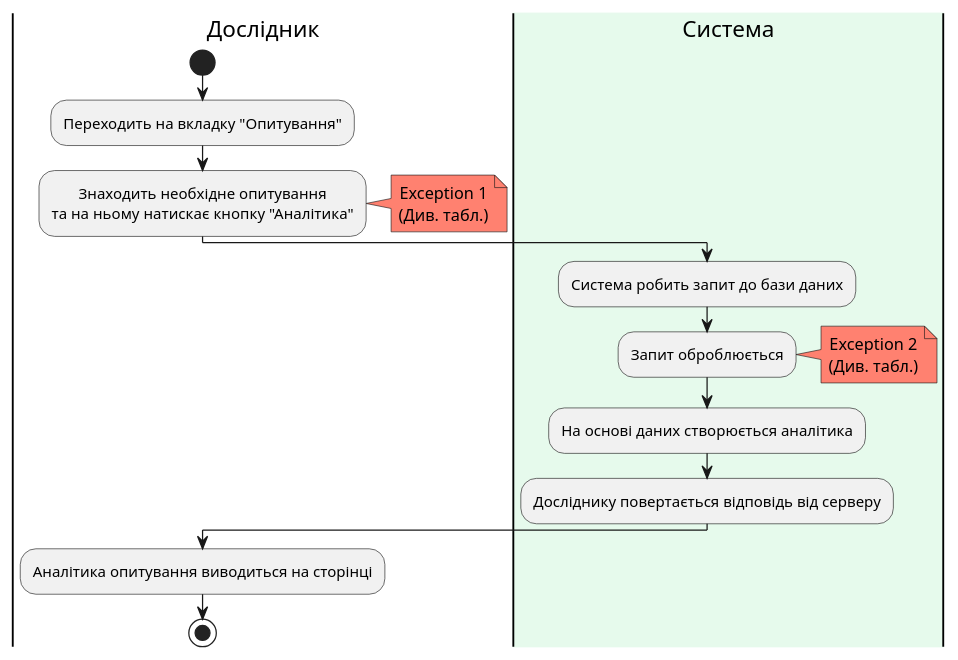
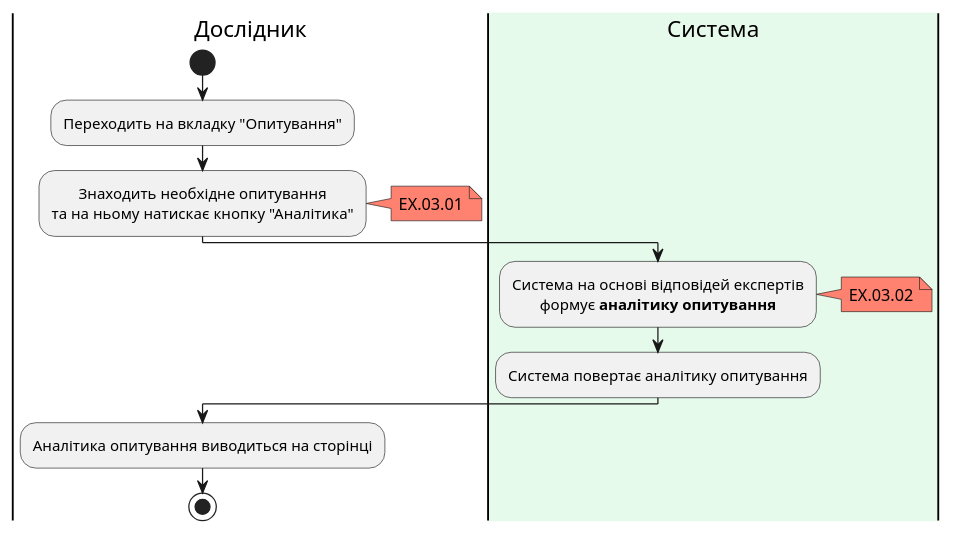
Diagram 12 of 16 in docs/use_cases.md (generalmaks/db_labs), drawn with PlantUML before and after one commit. The commit also changed other lines of this file, not shown here.

Commit message:
Update activity diagram of GetSurveyAnalytics

````diff
--- a/docs/use_cases.md
+++ b/docs/use_cases.md
@@ -600,26 +600,23 @@
 ```plantuml
 @startuml
 |Дослідник|
 start
 skinparam defaultTextAlignment center
 :Переходить на вкладку "Опитування";
 :Знаходить необхідне опитування 
 та на ньому натискає кнопку "Аналітика";
 note right #ff8170
-Exception 1
-(Див. табл.)
+EX.03.01
 end note
 |#e6faec|Система|
-:Система робить запит до бази даних;
-:Запит оброблюється;
+:Система на основі відповідей експертів 
+формує **аналітику опитування**;
 note right #ff8170
-Exception 2
-(Див. табл.)
+EX.03.02
 end note
-:На основі даних створюється аналітика;
-:Досліднику повертається відповідь від серверу;
+:Система повертає аналітику опитування;
 |Дослідник|
 :Аналітика опитування виводиться на сторінці;
 stop
 @enduml
 ```
````
